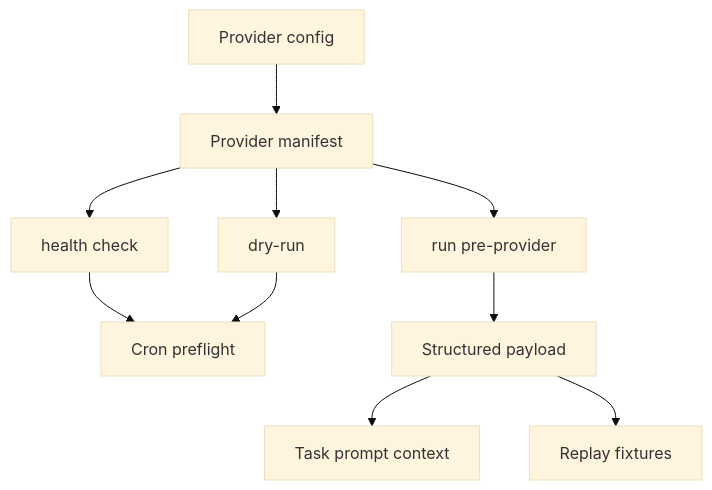
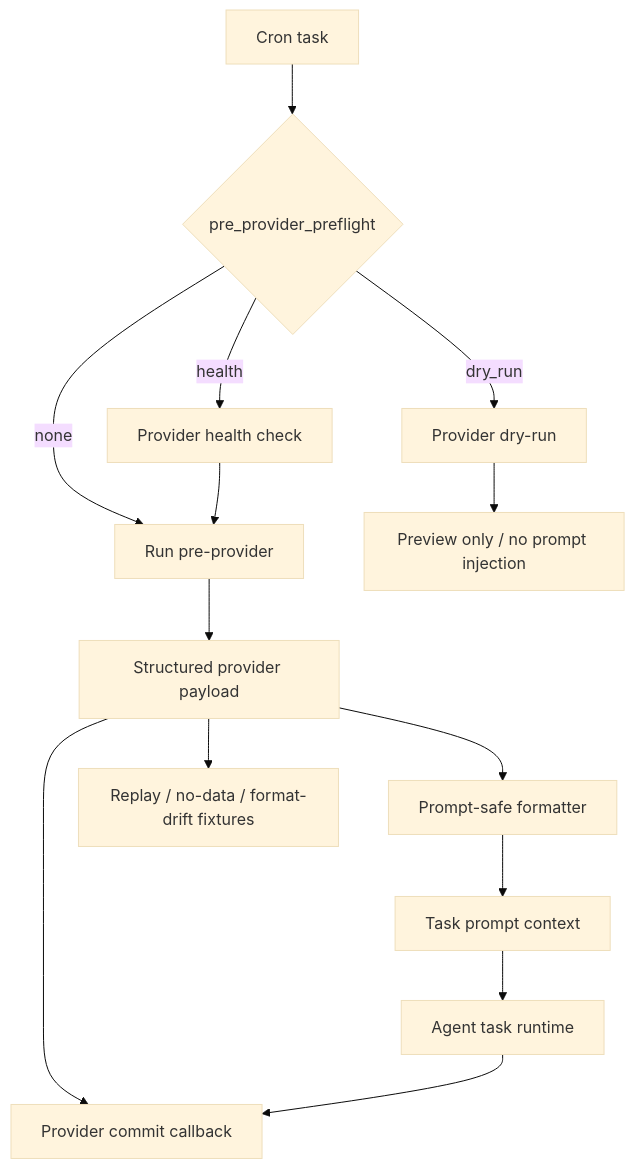
One commit to yuanyunfan/miniclaw changed the diagram in docs/providers/provider-framework.md. Above: the diagram before and after it, drawn with Mermaid (base theme). The commit also changed other lines of this file and 49 other files, not shown here.

````diff
--- a/docs/providers/provider-framework.md
+++ b/docs/providers/provider-framework.md
@@ -7,12 +7,16 @@
 ```mermaid
 flowchart TD
-  Config[Provider config] --> Manifest[Provider manifest]
-  Manifest --> Health[health check]
-  Manifest --> DryRun[dry-run]
-  Manifest --> Run[run pre-provider]
-  Health --> CronGate[Cron preflight]
-  DryRun --> CronGate
-  Run --> Payload[Structured payload]
-  Payload --> Prompt[Task prompt context]
-  Payload --> Fixtures[Replay fixtures]
+  Cron[Cron task] --> Preflight{pre_provider_preflight}
+  Preflight -->|health| Health[Provider health check]
+  Preflight -->|dry_run| DryRun[Provider dry-run]
+  Preflight -->|none| Run[Run pre-provider]
+  Health --> Run
+  DryRun --> Preview[Preview only / no prompt injection]
+  Run --> Payload[Structured provider payload]
+  Payload --> Formatter[Prompt-safe formatter]
+  Formatter --> TaskPrompt[Task prompt context]
+  Payload --> Commit[Provider commit callback]
+  TaskPrompt --> AgentTask[Agent task runtime]
+  AgentTask --> Commit
+  Payload --> Fixtures[Replay / no-data / format-drift fixtures]
 ```
````
